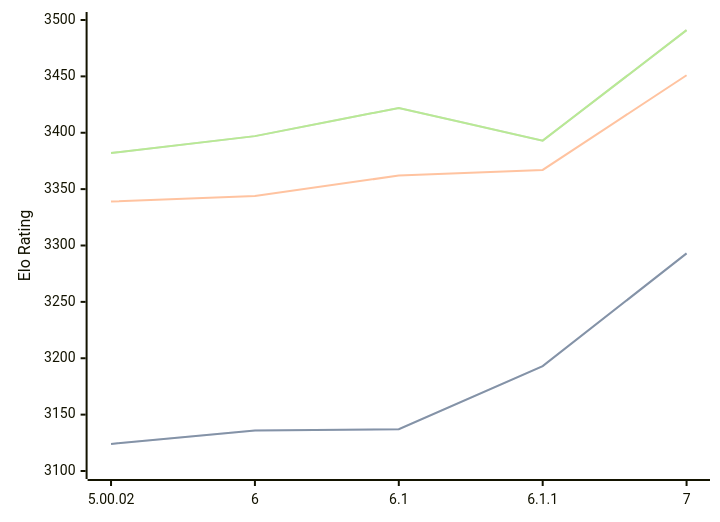
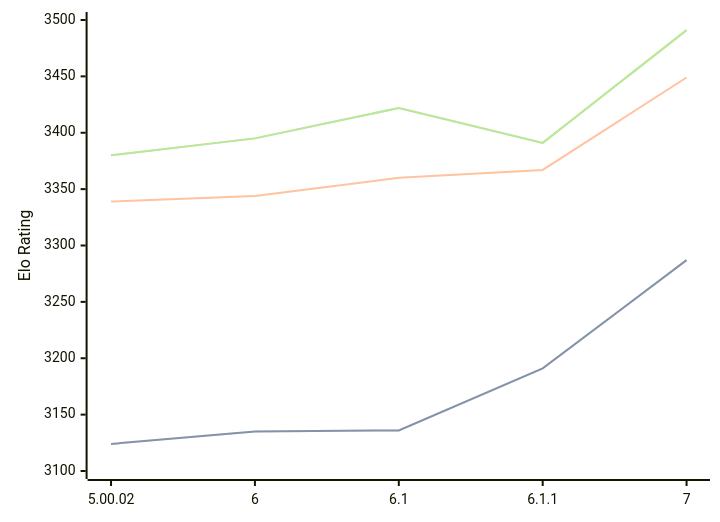
Before and after one commit to computer-chess-index/cci: the diagram in engines/Zangdar.md, drawn with Mermaid. The commit also changed other lines of this file, not shown here.

Commit message:
Update CCI Ratings (ELO VLTC) - 2026-08-03

````diff
--- a/engines/Zangdar.md
+++ b/engines/Zangdar.md
@@ -47,11 +47,11 @@
 ```mermaid
 %%{init: {"theme":"base","themeVariables":{"seriesColors:['#a3a3a3','#222221','#faa371']}}}%%
 xychart-beta
   x-axis ["5.00.02", "6", "6.1", "6.1.1", "7"]
   y-axis "Elo Rating" 3100 --> 3500
-  line "STC (8.0+0.08s)" [3124, 3136, 3137, 3193, 3293]
-  line "STC (8.0+0.08s)" [3124, 3136, 3137, 3193, 3293]
-  line "LTC (60.0+0.60s)" [3339, 3344, 3362, 3367, 3451]
-  line "VLTC (2m24s+1.12s)" [3382, 3397, 3422, 3393, 3491]
-  line "VLTC (2m24s+1.12s)" [3382, 3397, 3422, 3393, 3491]
+  line "STC (8.0+0.08s)" [3124, 3135, 3136, 3191, 3287]
+  line "STC (8.0+0.08s)" [3124, 3135, 3136, 3191, 3287]
+  line "LTC (60.0+0.60s)" [3339, 3344, 3360, 3367, 3449]
+  line "VLTC (2m24s+1.12s)" [3380, 3395, 3422, 3391, 3491]
+  line "VLTC (2m24s+1.12s)" [3380, 3395, 3422, 3391, 3491]
 ```
````
